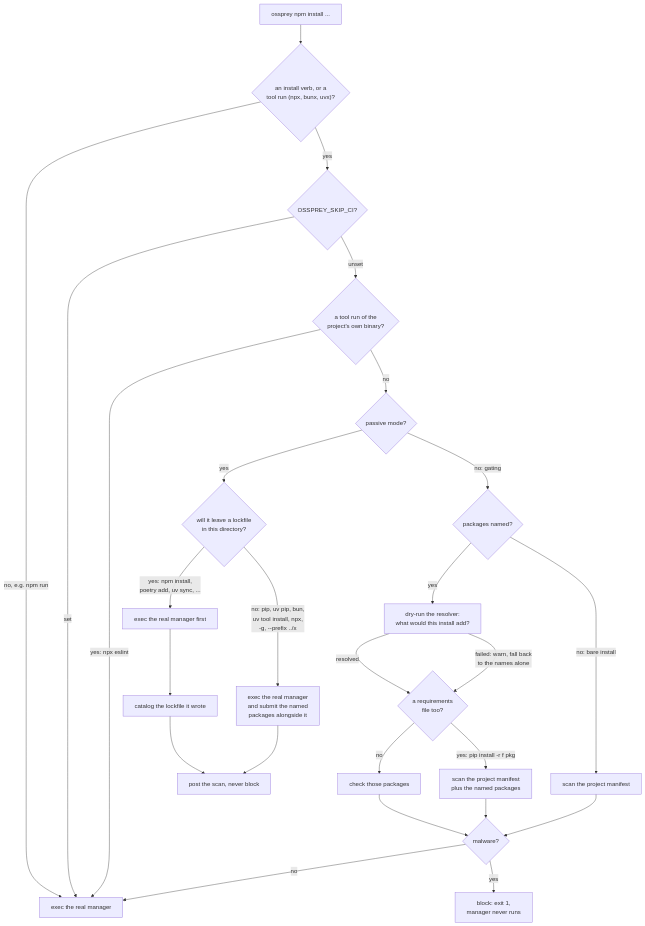
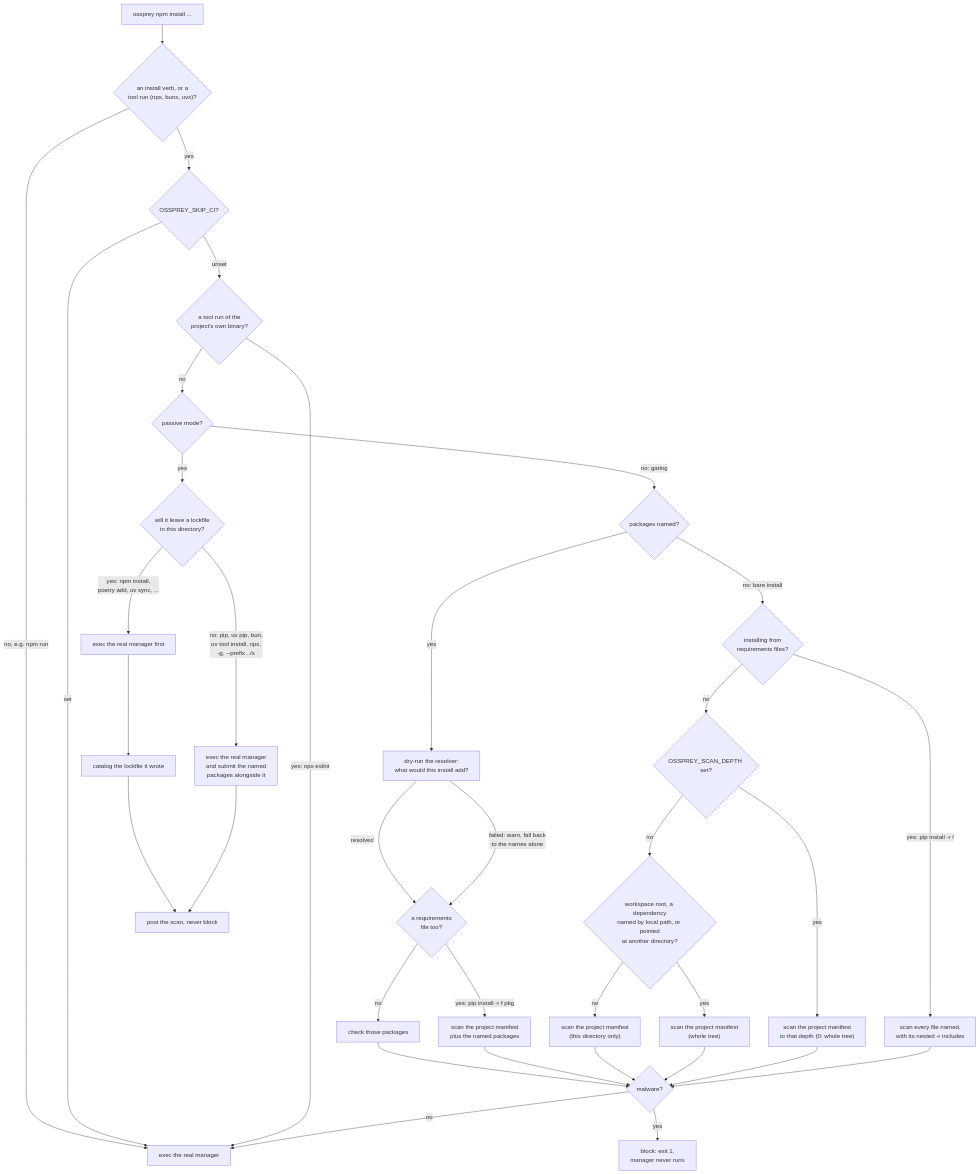
Before and after one commit to ossprey/ossprey-cli: the second of 3 diagrams in docs/architecture.md, drawn with Mermaid. The commit also changed 26 other files, not shown here.

First line of the commit message:
feat(scan): add --depth, and scan one level in the forwarders (#124)

````diff
--- a/docs/architecture.md
+++ b/docs/architecture.md
@@ -49,30 +49,39 @@
 ```mermaid
 flowchart TD
     S["ossprey npm install ..."] --> T{"an install verb, or a<br/>tool run (npx, bunx, uvx)?"}
     T -- "no, e.g. npm run" --> U["exec the real manager"]
     T -- "yes" --> V{"OSSPREY_SKIP_CI?"}
     V -- "set" --> U
     V -- "unset" --> L{"a tool run of the<br/>project's own binary?"}
     L -- "yes: npx eslint" --> U
     L -- "no" --> W{"passive mode?"}
 
     W -- "no: gating" --> X{"packages named?"}
     X -- "yes" --> E["dry-run the resolver:<br/>what would this install add?"]
     E -- "resolved" --> R{"a requirements<br/>file too?"}
     E -- "failed: warn, fall back<br/>to the names alone" --> R
     R -- "no" --> Y["check those packages"]
     R -- "yes: pip install -r f pkg" --> RZ["scan the project manifest<br/>plus the named packages"]
-    X -- "no: bare install" --> Z["scan the project manifest"]
+    X -- "no: bare install" --> RQ{"installing from<br/>requirements files?"}
+    RQ -- "yes: pip install -r f" --> RF["scan every file named,<br/>with its nested -r includes"]
+    RQ -- "no" --> ZD{"OSSPREY_SCAN_DEPTH set?"}
+    ZD -- "yes" --> ZO["scan the project manifest<br/>to that depth (0: whole tree)"]
+    ZD -- "no" --> ZW{"workspace root, a dependency<br/>named by local path, or pointed<br/>at another directory?"}
+    ZW -- "yes" --> ZF["scan the project manifest<br/>(whole tree)"]
+    ZW -- "no" --> Z["scan the project manifest<br/>(this directory only)"]
     Y --> AA{"malware?"}
     RZ --> AA
     Z --> AA
+    ZF --> AA
+    ZO --> AA
+    RF --> AA
     AA -- "yes" --> AB["block: exit 1,<br/>manager never runs"]
     AA -- "no" --> U
 
     W -- "yes" --> AC{"will it leave a lockfile<br/>in this directory?"}
     AC -- "yes: npm install,<br/>poetry add, uv sync, ..." --> AD["exec the real manager first"]
     AD --> AE["catalog the lockfile it wrote"]
     AE --> AF["post the scan, never block"]
     AC -- "no: pip, uv pip, bun,<br/>uv tool install, npx,<br/>-g, --prefix ../x" --> AG["exec the real manager<br/>and submit the named<br/>packages alongside it"]
     AG --> AF
 ```
````
